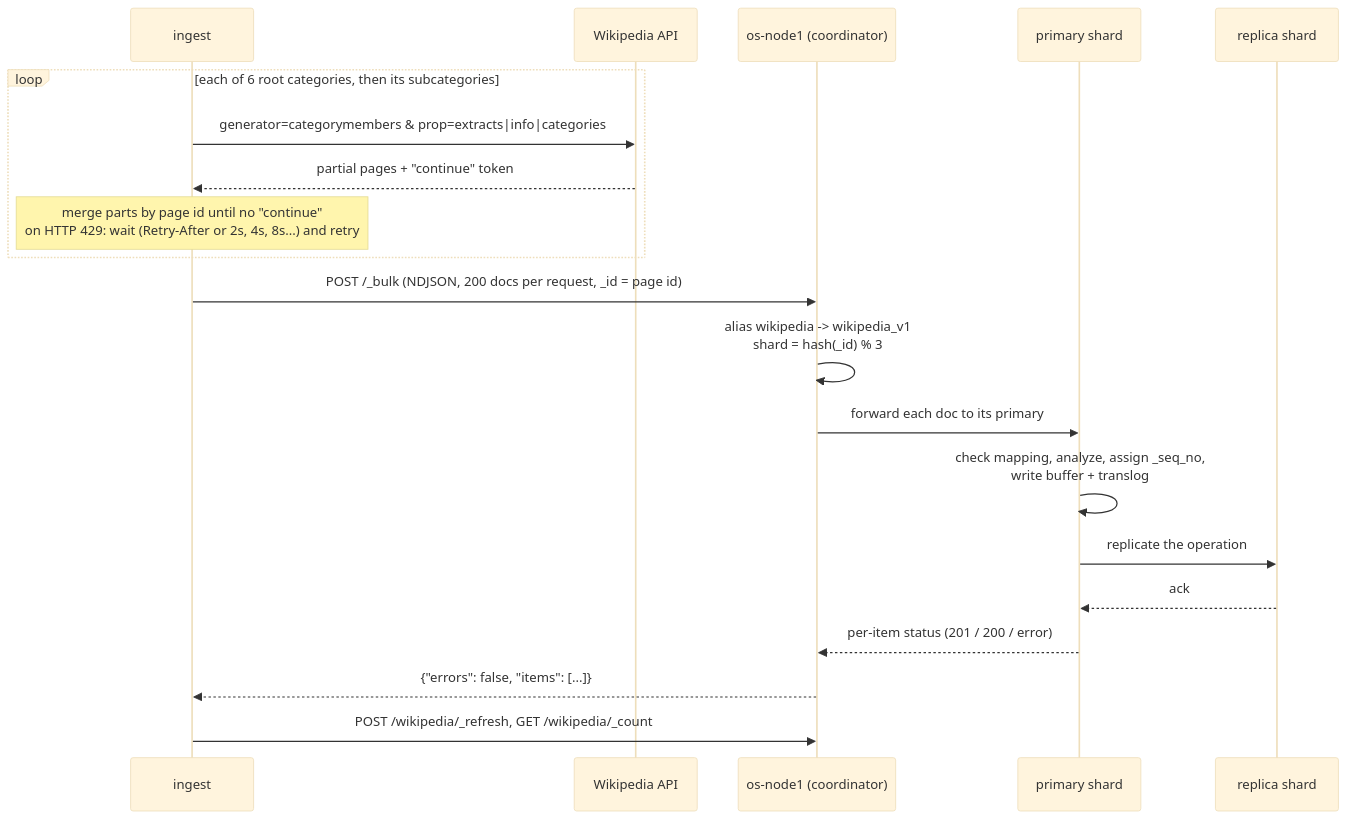
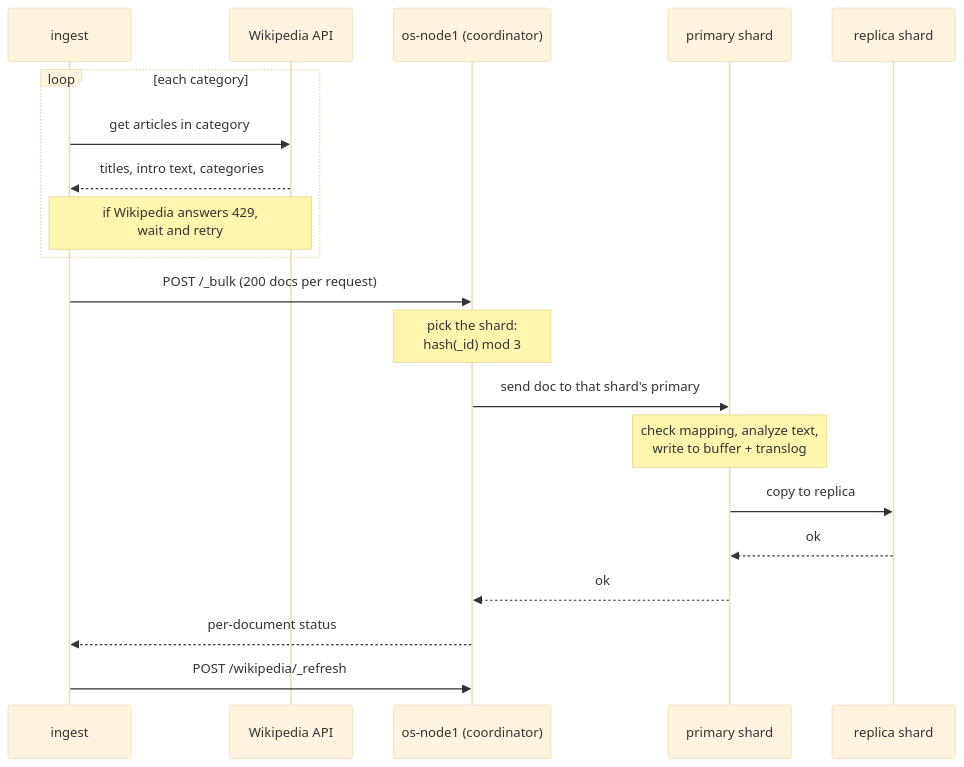
One commit to mohiadeen-ameer/opensearch-lab changed the fourth of 7 diagrams in README.md. Above: the diagram before and after it, drawn with Mermaid (base theme). The commit also changed other lines of this file and 3 other files, not shown here.

First line of the commit message:
Add ready-made Dashboards dashboard, fix README diagrams

````diff
--- a/README.md
+++ b/README.md
@@ -164,23 +177,23 @@
 ```mermaid
 sequenceDiagram
     participant I as ingest
     participant W as Wikipedia API
     participant C as os-node1 (coordinator)
     participant P as primary shard
     participant R as replica shard
 
-    loop each of 6 root categories, then its subcategories
-        I->>W: generator=categorymembers & prop=extracts|info|categories
-        W-->>I: partial pages + "continue" token
-        Note over I: merge parts by page id until no "continue"<br/>on HTTP 429: wait (Retry-After or 2s, 4s, 8s...) and retry
+    loop each category
+        I->>W: get articles in category
+        W-->>I: titles, intro text, categories
+        Note over I,W: if Wikipedia answers 429,<br/>wait and retry
     end
-    I->>C: POST /_bulk (NDJSON, 200 docs per request, _id = page id)
-    C->>C: alias wikipedia -> wikipedia_v1<br/>shard = hash(_id) % 3
-    C->>P: forward each doc to its primary
-    P->>P: check mapping, analyze, assign _seq_no,<br/>write buffer + translog
-    P->>R: replicate the operation
-    R-->>P: ack
-    P-->>C: per-item status (201 / 200 / error)
-    C-->>I: {"errors": false, "items": [...]}
-    I->>C: POST /wikipedia/_refresh, GET /wikipedia/_count
+    I->>C: POST /_bulk (200 docs per request)
+    Note over C: pick the shard:<br/>hash(_id) mod 3
+    C->>P: send doc to that shard's primary
+    Note over P: check mapping, analyze text,<br/>write to buffer + translog
+    P->>R: copy to replica
+    R-->>P: ok
+    P-->>C: ok
+    C-->>I: per-document status
+    I->>C: POST /wikipedia/_refresh
 ```
````
